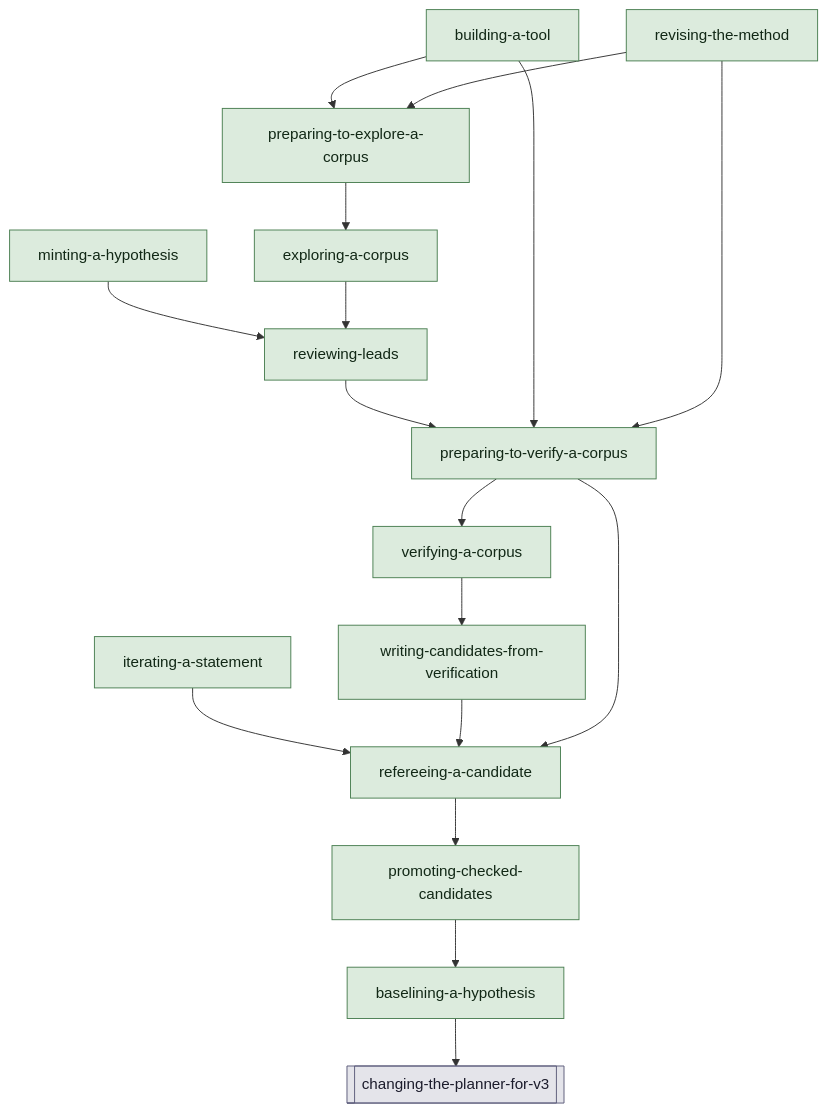
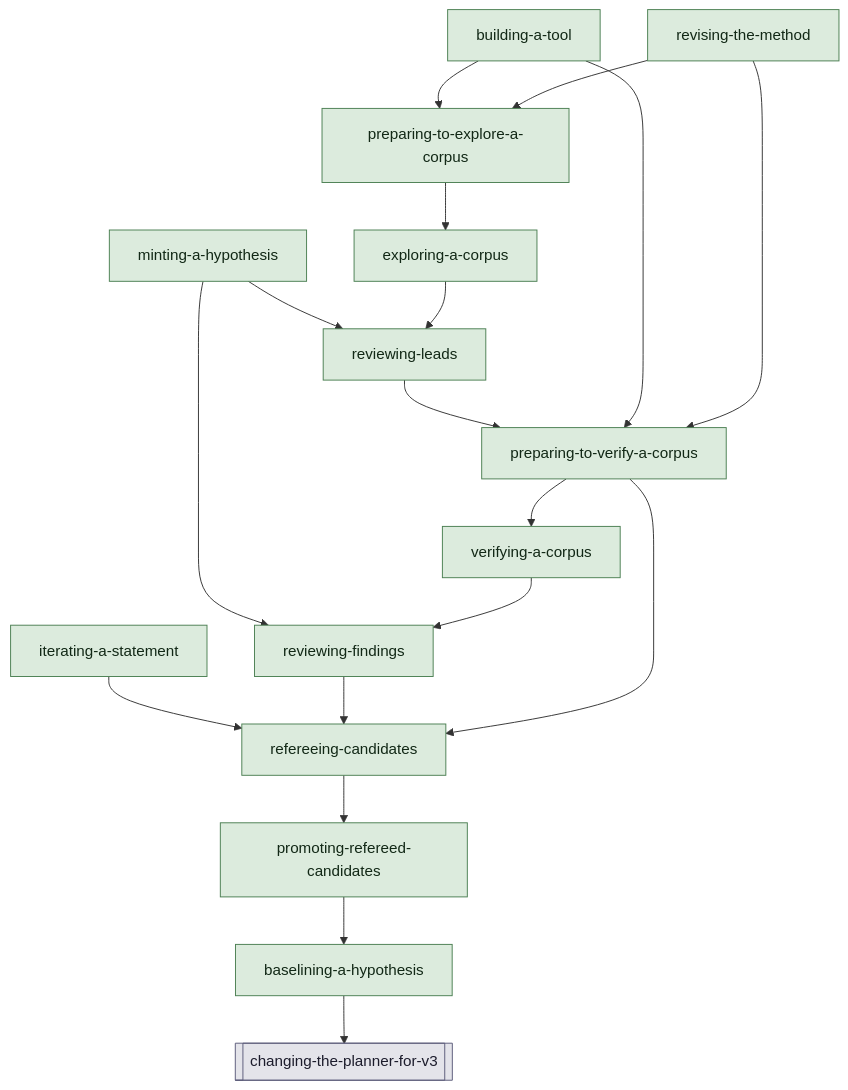
Before and after one commit to bc414/StoryPlanner: the first of 15 diagrams in .claude/skills/v3-buildout-2/map.md, drawn with Mermaid. The commit also changed other lines of this file and 40 other files, not shown here.

````diff
--- a/.claude/skills/v3-buildout-2/map.md
+++ b/.claude/skills/v3-buildout-2/map.md
@@ -7,40 +7,41 @@
 ```mermaid
 flowchart TD
   classDef hitl fill:#e9d8e4,stroke:#7a3e6d,color:#2b1a27
   classDef session fill:#dce6f0,stroke:#3b5b7c,color:#14202c
   classDef agent fill:#f5e6c8,stroke:#b7791f,color:#3a2a08
   classDef artifact fill:#f6f6f4,stroke:#8a94a0,color:#2a2f36
   classDef activity fill:#dcebdd,stroke:#4b7f52,color:#122816
   classDef terminus fill:#e4e4ea,stroke:#5b5b7a,color:#1c1c2c
   changingtheplannerforv3[["changing-the-planner-for-v3"]]:::terminus
   baseliningahypothesis["baselining-a-hypothesis"]:::activity
-  promotingcheckedcandidates["promoting-checked-candidates"]:::activity
+  promotingrefereedcandidates["promoting-refereed-candidates"]:::activity
   iteratingastatement["iterating-a-statement"]:::activity
   mintingahypothesis["minting-a-hypothesis"]:::activity
-  refereeingacandidate["refereeing-a-candidate"]:::activity
-  writingcandidatesfromverification["writing-candidates-from-verification"]:::activity
+  refereeingcandidates["refereeing-candidates"]:::activity
+  reviewingfindings["reviewing-findings"]:::activity
   verifyingacorpus["verifying-a-corpus"]:::activity
   preparingtoverifyacorpus["preparing-to-verify-a-corpus"]:::activity
   reviewingleads["reviewing-leads"]:::activity
   exploringacorpus["exploring-a-corpus"]:::activity
   preparingtoexploreacorpus["preparing-to-explore-a-corpus"]:::activity
   buildingatool["building-a-tool"]:::activity
   revisingthemethod["revising-the-method"]:::activity
 
   baseliningahypothesis --> changingtheplannerforv3
-  promotingcheckedcandidates --> baseliningahypothesis
-  iteratingastatement --> refereeingacandidate
+  promotingrefereedcandidates --> baseliningahypothesis
+  iteratingastatement --> refereeingcandidates
   mintingahypothesis --> reviewingleads
-  refereeingacandidate --> promotingcheckedcandidates
-  writingcandidatesfromverification --> refereeingacandidate
-  verifyingacorpus --> writingcandidatesfromverification
+  mintingahypothesis --> reviewingfindings
+  refereeingcandidates --> promotingrefereedcandidates
+  reviewingfindings --> refereeingcandidates
+  verifyingacorpus --> reviewingfindings
   preparingtoverifyacorpus --> verifyingacorpus
-  preparingtoverifyacorpus --> refereeingacandidate
+  preparingtoverifyacorpus --> refereeingcandidates
   reviewingleads --> preparingtoverifyacorpus
   exploringacorpus --> reviewingleads
   preparingtoexploreacorpus --> exploringacorpus
   buildingatool --> preparingtoexploreacorpus
   buildingatool --> preparingtoverifyacorpus
   revisingthemethod --> preparingtoexploreacorpus
   revisingthemethod --> preparingtoverifyacorpus
 ```
````
